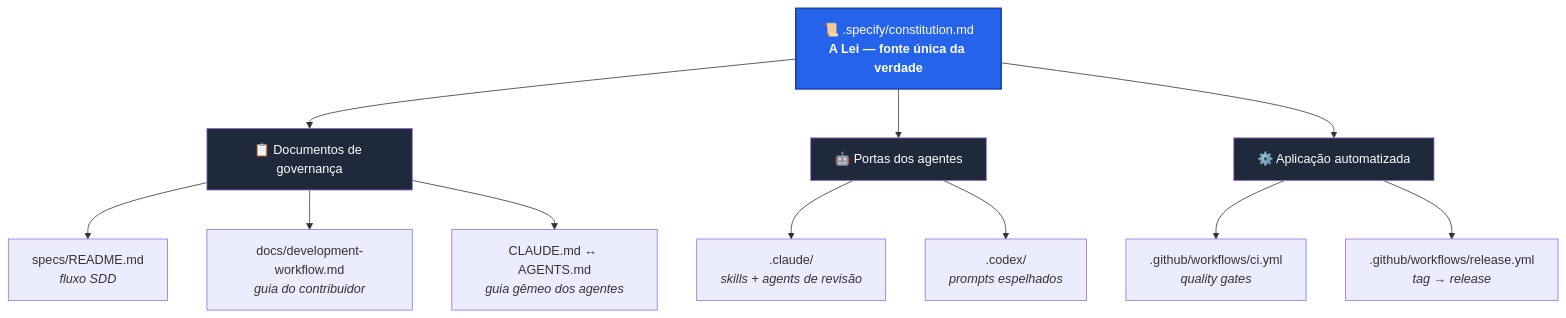
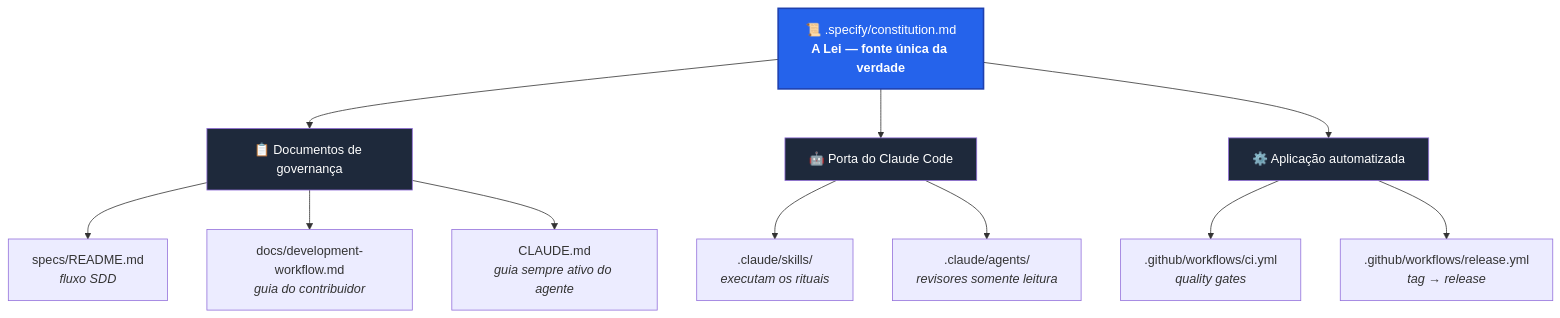
One commit to reginaldosilva27/agent-coding-template changed the second of 6 diagrams in README.pt-BR.md. Above: the diagram before and after it, drawn with Mermaid. The commit also changed other lines of this file and 1 other file, not shown here.

````diff
--- a/README.pt-BR.md
+++ b/README.pt-BR.md
@@ -71,23 +107,23 @@
 ```mermaid
 flowchart TD
     C["📜 .specify/constitution.md<br/><b>A Lei — fonte única da verdade</b>"]
 
     C --> G["📋 Documentos de governança"]
-    C --> A["🤖 Portas dos agentes"]
+    C --> A["🤖 Porta do Claude Code"]
     C --> E["⚙️ Aplicação automatizada"]
 
     G --> G1["specs/README.md<br/><i>fluxo SDD</i>"]
     G --> G2["docs/development-workflow.md<br/><i>guia do contribuidor</i>"]
-    G --> G3["CLAUDE.md ↔ AGENTS.md<br/><i>guia gêmeo dos agentes</i>"]
+    G --> G3["CLAUDE.md<br/><i>guia sempre ativo do agente</i>"]
 
-    A --> A1[".claude/<br/><i>skills + agents de revisão</i>"]
-    A --> A2[".codex/<br/><i>prompts espelhados</i>"]
+    A --> A1[".claude/skills/<br/><i>executam os rituais</i>"]
+    A --> A2[".claude/agents/<br/><i>revisores somente leitura</i>"]
 
     E --> E1[".github/workflows/ci.yml<br/><i>quality gates</i>"]
     E --> E2[".github/workflows/release.yml<br/><i>tag → release</i>"]
 
     style C fill:#2563eb,color:#fff,stroke:#1e40af,stroke-width:2px
     style G fill:#1e293b,color:#fff
     style A fill:#1e293b,color:#fff
     style E fill:#1e293b,color:#fff
 ```
````
